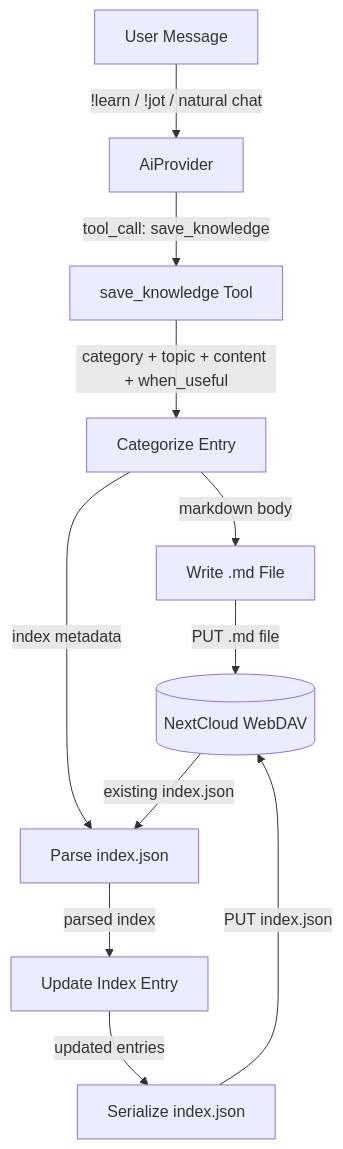
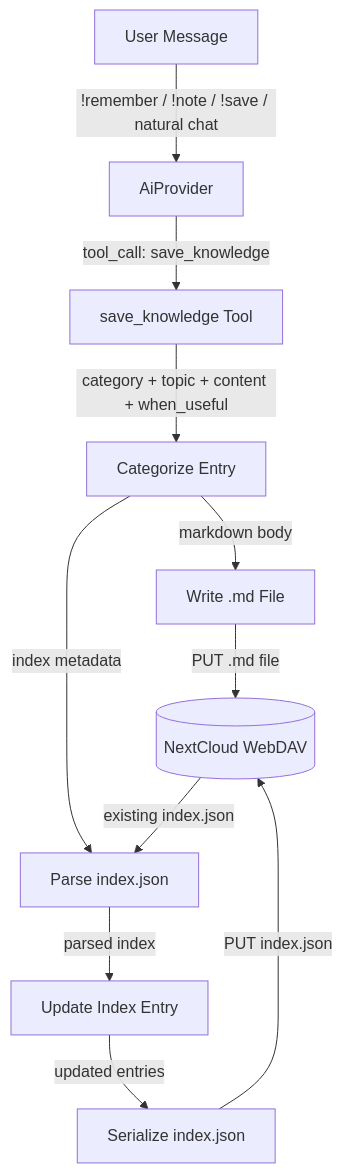
One commit to cosmoswafer/rockbot changed the first of 5 diagrams in _dfds/base/knowledge.md. Above: the diagram before and after it, drawn with Mermaid. The commit also changed other lines of this file and 2 other files, not shown here.

First line of the commit message:
refactor: consolidate magic words — !soul for edit_soul, !remember/!note/!save for save_knowledge

````diff
--- a/_dfds/base/knowledge.md
+++ b/_dfds/base/knowledge.md
@@ -67,23 +67,23 @@
 ```mermaid
 flowchart TD
     USER[User Message]
     AI[AiProvider]
     TOOL[save_knowledge Tool]
     CATEGORIZE[Categorize Entry]
     MD[Write .md File]
     IDX_PARSE[Parse index.json]
     IDX_UPDATE[Update Index Entry]
     IDX_SER[Serialize index.json]
     DAV[(NextCloud WebDAV)]
 
-    USER -->|"!learn / !jot / natural chat"| AI
+    USER -->|"!remember / !note / !save / natural chat"| AI
     AI -->|"tool_call: save_knowledge"| TOOL
     TOOL -->|"category + topic + content + when_useful"| CATEGORIZE
     CATEGORIZE -->|"markdown body"| MD
     MD -->|"PUT .md file"| DAV
     CATEGORIZE -->|"index metadata"| IDX_PARSE
     DAV -->|"existing index.json"| IDX_PARSE
     IDX_PARSE -->|"parsed index"| IDX_UPDATE
     IDX_UPDATE -->|"updated entries"| IDX_SER
     IDX_SER -->|"PUT index.json"| DAV
 ```
````
